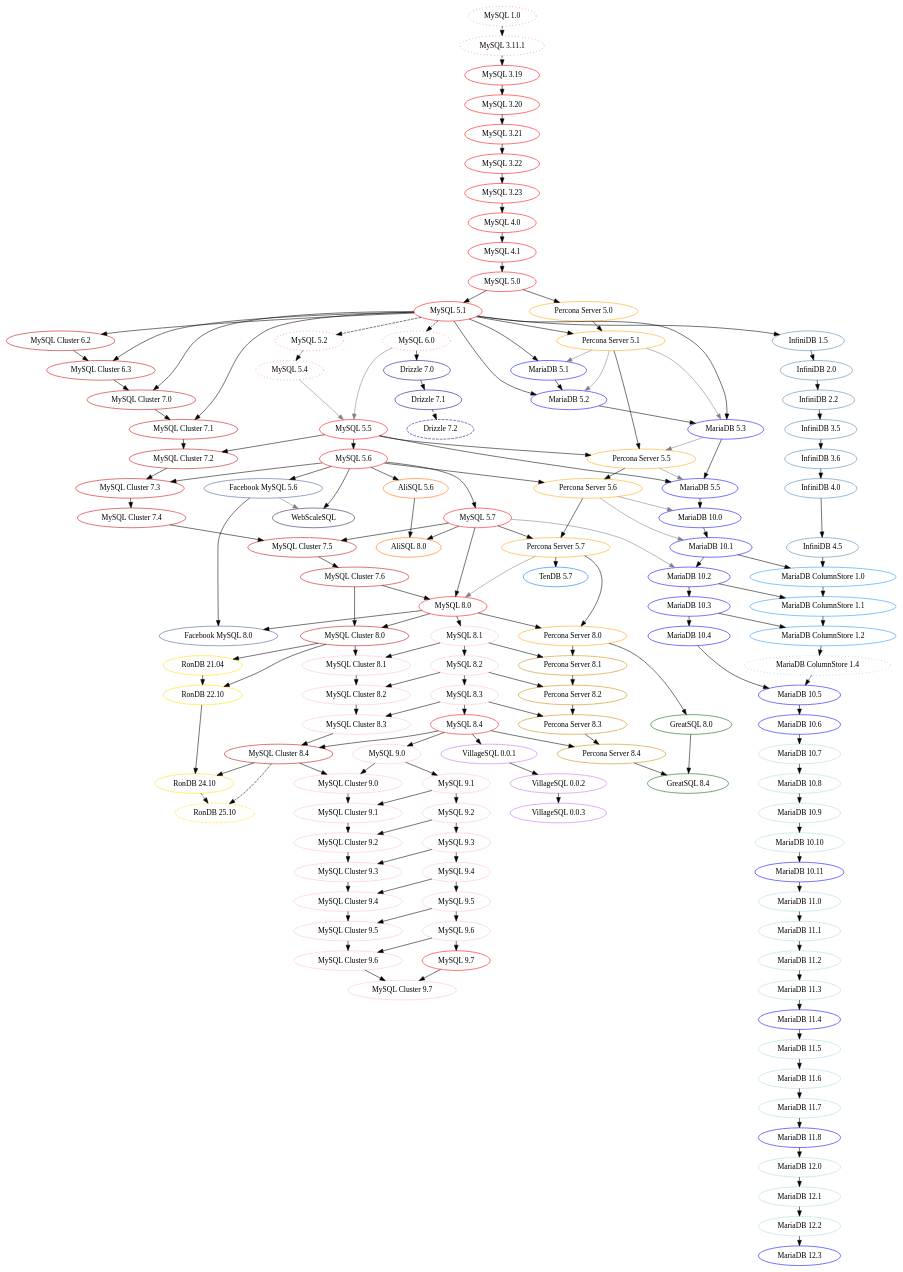
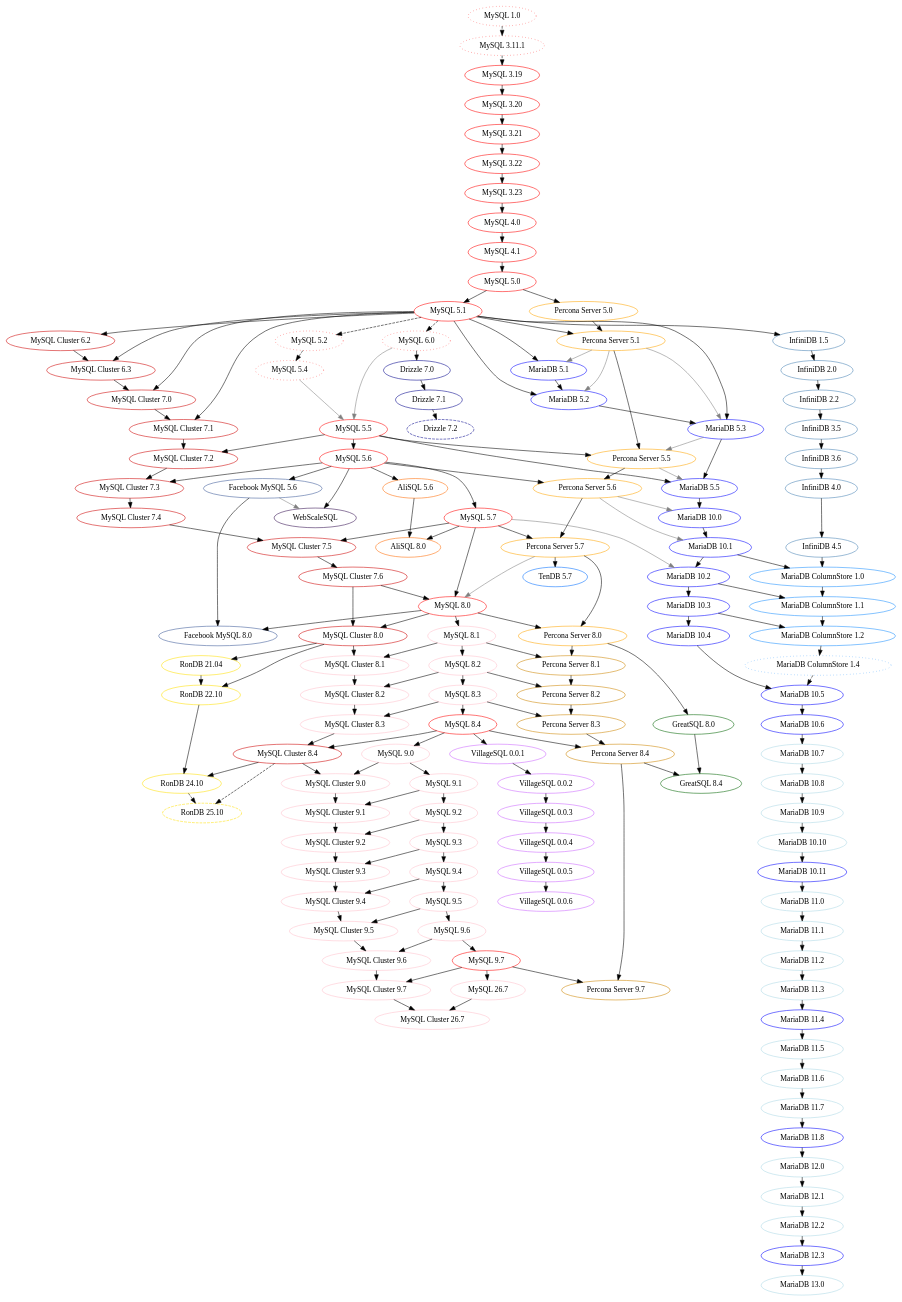
One commit to dveeden/mysql-history-graph changed the diagram in mysql-history-graph.dot. Above: the diagram before and after it, drawn with Graphviz. The commit also changed 2 other files, not shown here.

Commit message:
Updates for MySQL, MariaDB, VillageSQL, Percona Server

```diff
--- a/mysql-history-graph.dot
+++ b/mysql-history-graph.dot
@@ -47,6 +47,7 @@
 	"MySQL 9.5" [color="pink"];
 	"MySQL 9.6" [color="pink"];
 	"MySQL 9.7" [color="red"];
+	"MySQL 26.7" [color="pink"];
 	"MySQL 3.19" -> "MySQL 3.20";
 	"MySQL 3.20" -> "MySQL 3.21";
 	"MySQL 3.21" -> "MySQL 3.22";
@@ -73,6 +74,7 @@
 	"MySQL 9.4" -> "MySQL 9.5";
 	"MySQL 9.5" -> "MySQL 9.6";
 	"MySQL 9.6" -> "MySQL 9.7";
+	"MySQL 9.7" -> "MySQL 26.7";
 
 	/* MySQL/Sun/Oracle non-GA */	
 	//
@@ -137,6 +139,7 @@
 	"MySQL Cluster 9.5"  [color="pink"]
 	"MySQL Cluster 9.6"  [color="pink"]
 	"MySQL Cluster 9.7"  [color="pink"]
+	"MySQL Cluster 26.7"  [color="pink"]
 	"MySQL Cluster 7.6" -> "MySQL Cluster 8.0";
 	"MySQL 8.0" -> "MySQL Cluster 8.0";
 	"MySQL Cluster 8.0" -> "MySQL Cluster 8.1";
@@ -163,6 +166,8 @@
 	"MySQL 9.6" -> "MySQL Cluster 9.6";
 	"MySQL Cluster 9.6" -> "MySQL Cluster 9.7";
 	"MySQL 9.7" -> "MySQL Cluster 9.7";
+	"MySQL Cluster 9.7" -> "MySQL Cluster 26.7";
+	"MySQL 26.7" -> "MySQL Cluster 26.7";
 
 	/*
 		MariaDB
@@ -200,6 +205,7 @@
 	"MariaDB 12.1" [color="lightblue"];
 	"MariaDB 12.2" [color="lightblue"];
 	"MariaDB 12.3" [color="blue"];
+	"MariaDB 13.0" [color="lightblue"];
 
 	"MySQL 5.1" -> "MariaDB 5.1";
 	"Percona Server 5.1" -> "MariaDB 5.1" [color="grey"]; // XtraDB
@@ -248,6 +254,7 @@
 	"MariaDB 12.0" -> "MariaDB 12.1";
 	"MariaDB 12.1" -> "MariaDB 12.2";
 	"MariaDB 12.2" -> "MariaDB 12.3";
+	"MariaDB 12.3" -> "MariaDB 13.0";
 
     /* InfiniDB */
     "InfiniDB 1.5" [color="steelblue"];
@@ -296,6 +303,7 @@
 	"Percona Server 8.2" [color="orange3"];
 	"Percona Server 8.3" [color="orange3"];
 	"Percona Server 8.4" [color="orange3"];
+	"Percona Server 9.7" [color="orange3"];
 	"MySQL 5.0" -> "Percona Server 5.0";
 	"MySQL 5.1" -> "Percona Server 5.1";
 	"Percona Server 5.0" -> "Percona Server 5.1";
@@ -316,6 +324,8 @@
 	"MySQL 8.3" -> "Percona Server 8.3";
 	"Percona Server 8.3" -> "Percona Server 8.4";
 	"MySQL 8.4" -> "Percona Server 8.4";
+	"Percona Server 8.4" -> "Percona Server 9.7";
+	"MySQL 9.7" -> "Percona Server 9.7";
 
 	/* Drizzle */
 	"Drizzle 7.0" [color="blue4"];
@@ -370,7 +380,22 @@
 	"VillageSQL 0.0.1" [color="#cc66ff"];
 	"VillageSQL 0.0.2" [color="#cc66ff"];
 	"VillageSQL 0.0.3" [color="#cc66ff"];
+	"VillageSQL 0.0.4" [color="#cc66ff"];
+	"VillageSQL 0.0.5" [color="#cc66ff"];
+	"VillageSQL 0.0.6" [color="#cc66ff"];
+
+	/* https://github.com/villagesql/villagesql-server/releases/tag/release%2F0.0.6
+       "0.0.6 ships three server codebases:
+        mysql-8.4 tracking MySQL 8.4,
+        mysql-9.7 tracking MySQL 9.7, and
+        percona-8.4 tracking Percona Server 8.4."
+
+		Not sure it this should lead to new nodes and/or new connections.
+    */
 	"MySQL 8.4" -> "VillageSQL 0.0.1";
 	"VillageSQL 0.0.1" -> "VillageSQL 0.0.2";
 	"VillageSQL 0.0.2" -> "VillageSQL 0.0.3";
+	"VillageSQL 0.0.3" -> "VillageSQL 0.0.4";
+	"VillageSQL 0.0.4" -> "VillageSQL 0.0.5";
+	"VillageSQL 0.0.5" -> "VillageSQL 0.0.6";
 }
```
